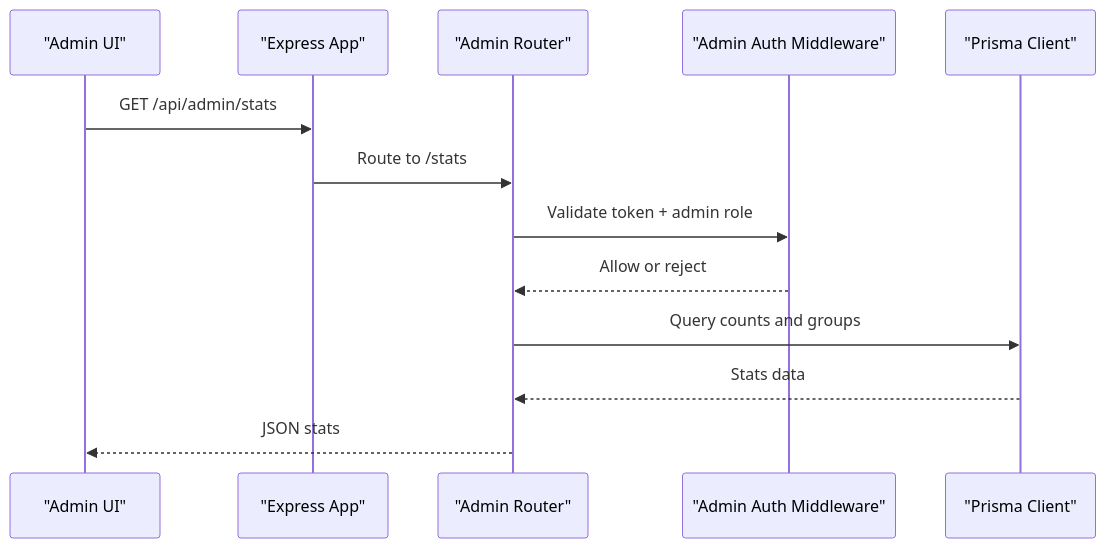
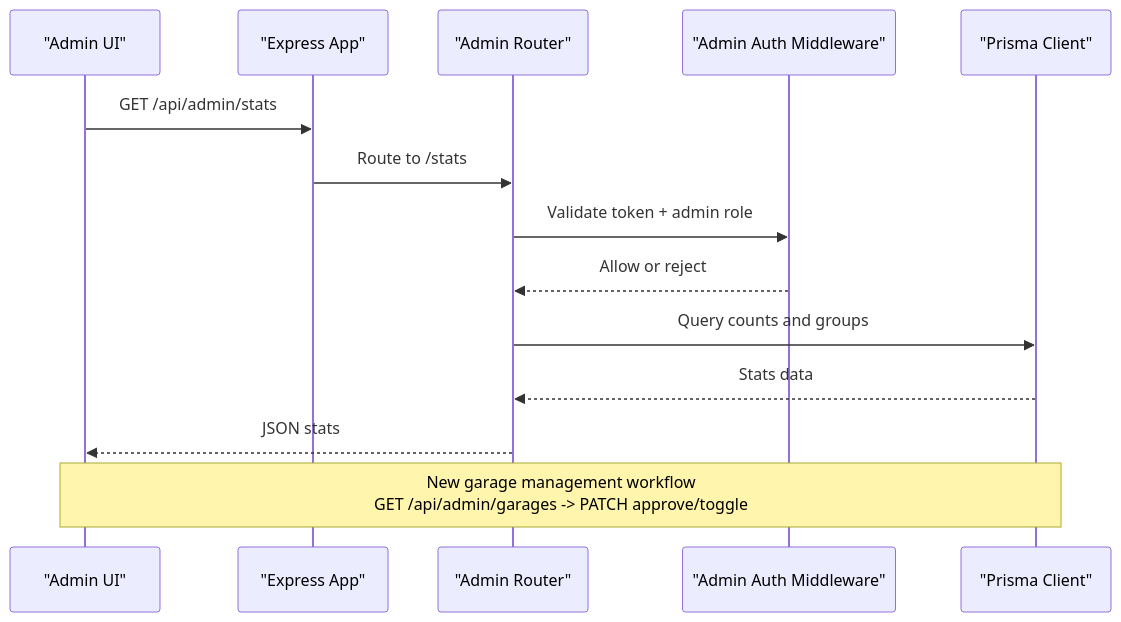
The second of 10 diagrams in .qoder/repowiki/en/content/Backend Documentation/API Endpoints Reference/Administrative Endpoints.md (NaveenHiranya/Smart-Vehicle-Insurance-Claim-System), drawn with Mermaid before and after one commit. The commit also changed other lines of this file and 87 other files, not shown here.

````diff
--- a/.qoder/repowiki/en/content/Backend Documentation/API Endpoints Reference/Administrative Endpoints.md
+++ b/.qoder/repowiki/en/content/Backend Documentation/API Endpoints Reference/Administrative Endpoints.md
@@ -92,15 +104,16 @@
 ```mermaid
 sequenceDiagram
 participant FE as "Admin UI"
 participant API as "Express App"
 participant AR as "Admin Router"
 participant MA as "Admin Auth Middleware"
 participant DB as "Prisma Client"
 FE->>API : GET /api/admin/stats
 API->>AR : Route to /stats
 AR->>MA : Validate token + admin role
 MA-->>AR : Allow or reject
 AR->>DB : Query counts and groups
 DB-->>AR : Stats data
 AR-->>FE : JSON stats
+Note over FE,DB : New garage management workflow<br/>GET /api/admin/garages -> PATCH approve/toggle
 ```
````
